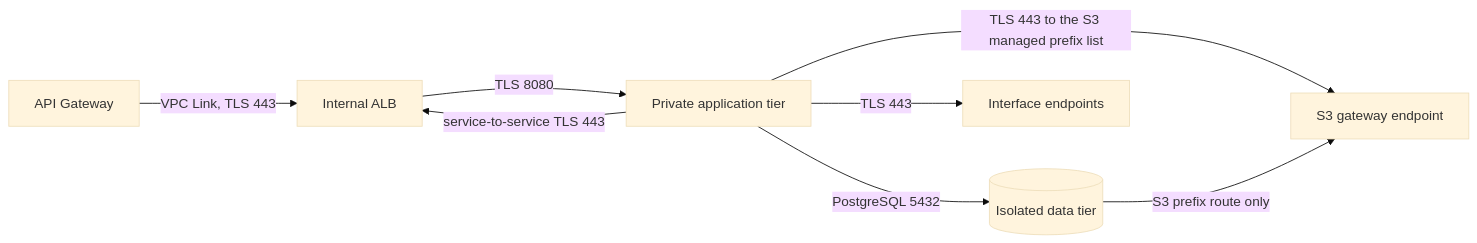
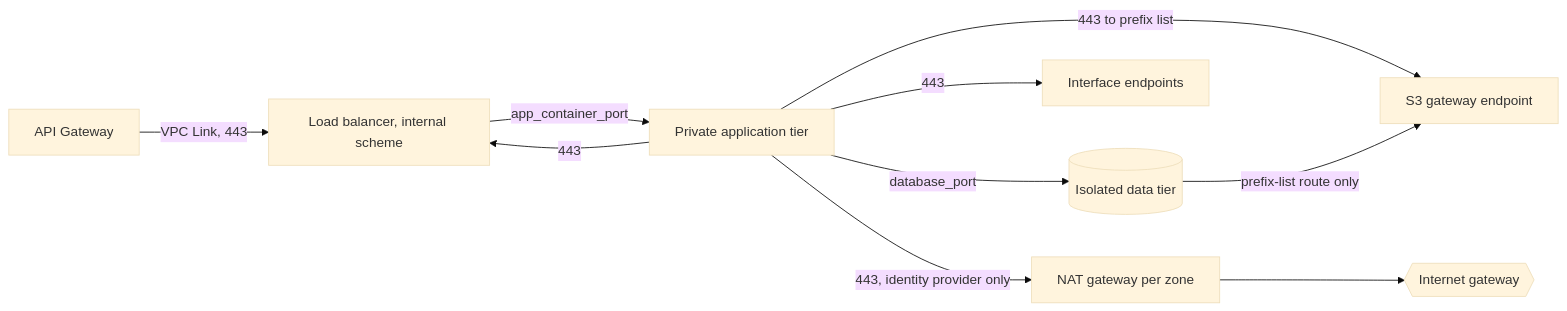
Before and after one commit to Blitzy-LocalStack/aws-mainframe-modernization-carddemo: the diagram in infra/modules/network/README.md, drawn with Mermaid (base theme). The commit also changed other lines of this file and 58 other files, not shown here.

````diff
--- a/infra/modules/network/README.md
+++ b/infra/modules/network/README.md
@@ -33,10 +56,12 @@
 ```mermaid
 graph LR
-    API[API Gateway] -->|VPC Link, TLS 443| ALB[Internal ALB]
-    ALB -->|TLS 8080| APP[Private application tier]
-    APP -->|"service-to-service TLS 443"| ALB
-    APP -->|PostgreSQL 5432| DB[(Isolated data tier)]
-    APP -->|TLS 443| EP[Interface endpoints]
-    APP -->|"TLS 443 to the S3 managed prefix list"| S3[S3 gateway endpoint]
-    DB -->|S3 prefix route only| S3
+    API[API Gateway] -->|VPC Link, 443| ALB[Load balancer, internal scheme]
+    ALB -->|app_container_port| APP[Private application tier]
+    APP -->|443| ALB
+    APP -->|database_port| DB[(Isolated data tier)]
+    APP -->|443| EP[Interface endpoints]
+    APP -->|443 to prefix list| S3[S3 gateway endpoint]
+    DB -->|prefix-list route only| S3
+    APP -->|443, identity provider only| NAT[NAT gateway per zone]
+    NAT --> IGW{{Internet gateway}}
 ```
````
